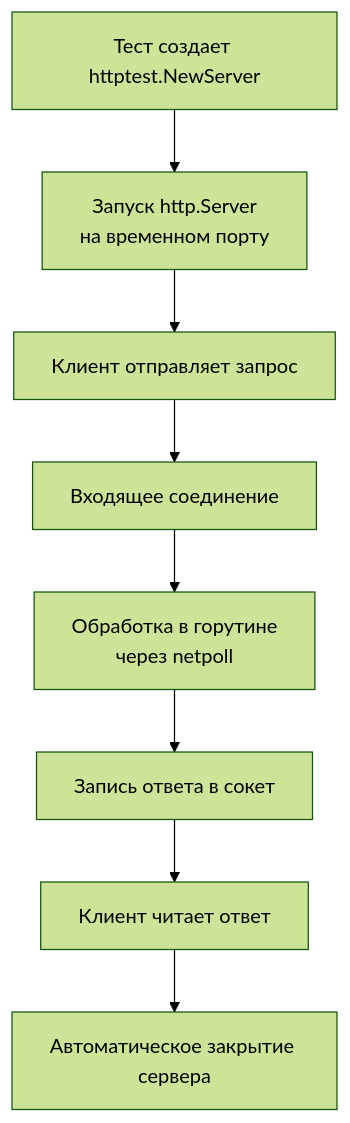
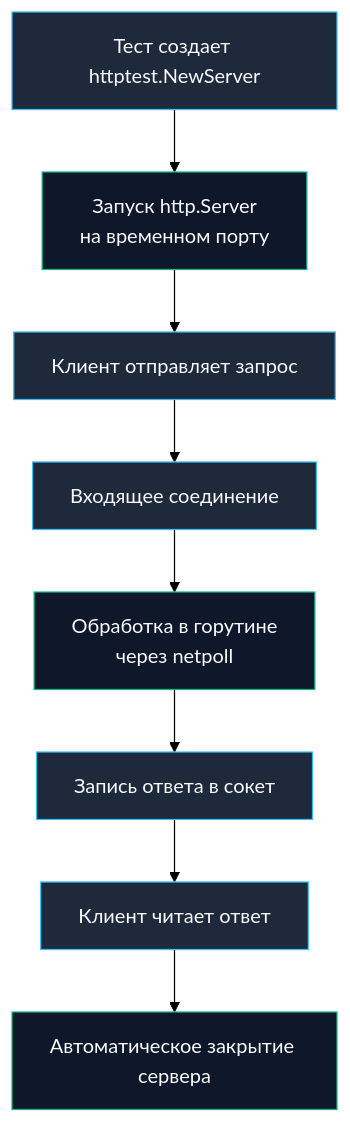
The diagram in sources/9. Бэкенд на Go (Практика разработки)/34. Тестирование HTTP сервисов.md (UnrealTemplier/go-textbook), drawn with Mermaid (forest theme) before and after one commit. The commit also changed other lines of this file, not shown here.

````diff
--- a/sources/9. Бэкенд на Go (Практика разработки)/34. Тестирование HTTP сервисов.md
+++ b/sources/9. Бэкенд на Go (Практика разработки)/34. Тестирование HTTP сервисов.md
@@ -46,10 +66,15 @@
 ```mermaid
 flowchart TD
     A["Тест создает httptest.NewServer"] --> B["Запуск http.Server<br>на временном порту"]
     B --> C["Клиент отправляет запрос"]
     C --> D["Входящее соединение"]
     D --> E["Обработка в горутине<br>через netpoll"]
     E --> F["Запись ответа в сокет"]
     F --> G["Клиент читает ответ"]
     G --> H["Автоматическое закрытие сервера"]
+
+    classDef normal fill:#1e293b,stroke:#38bdf8,color:#f8fafc;
+    classDef action fill:#0f172a,stroke:#10b981,color:#f8fafc;
+    class A,C,D,F,G normal;
+    class B,E,H action;
 ```
````
